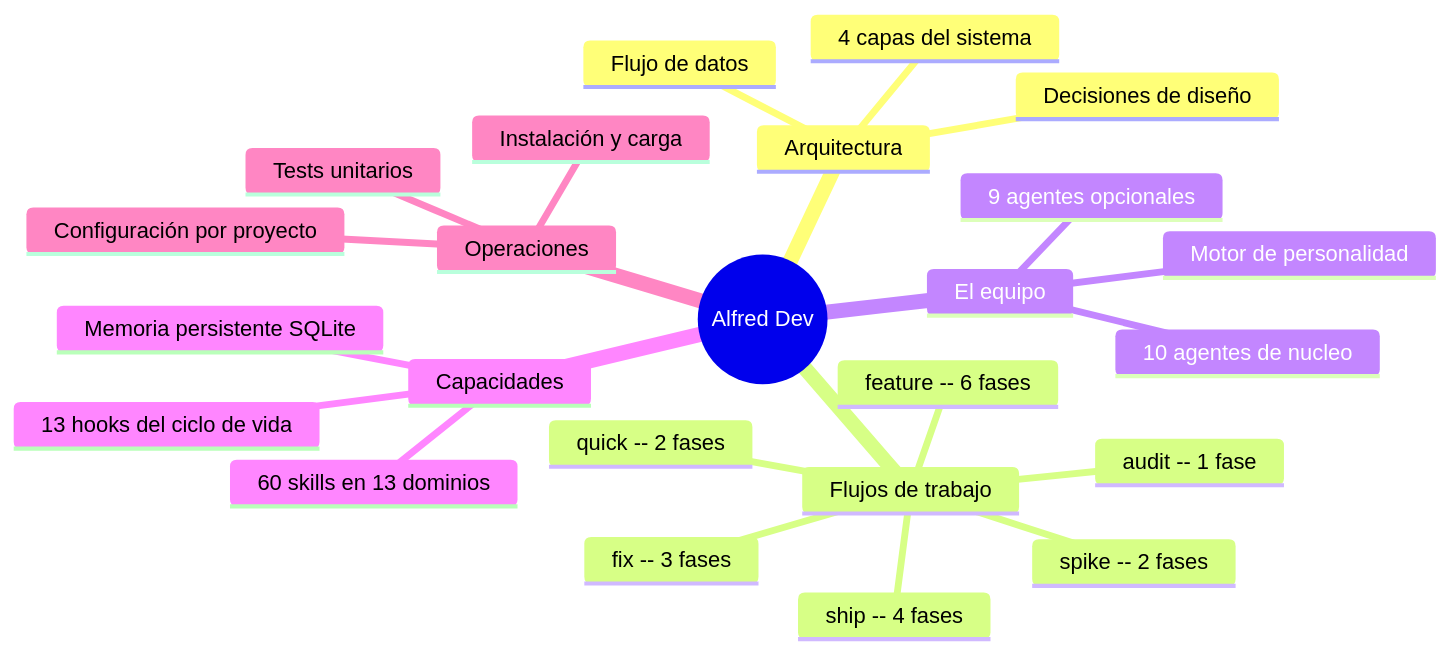
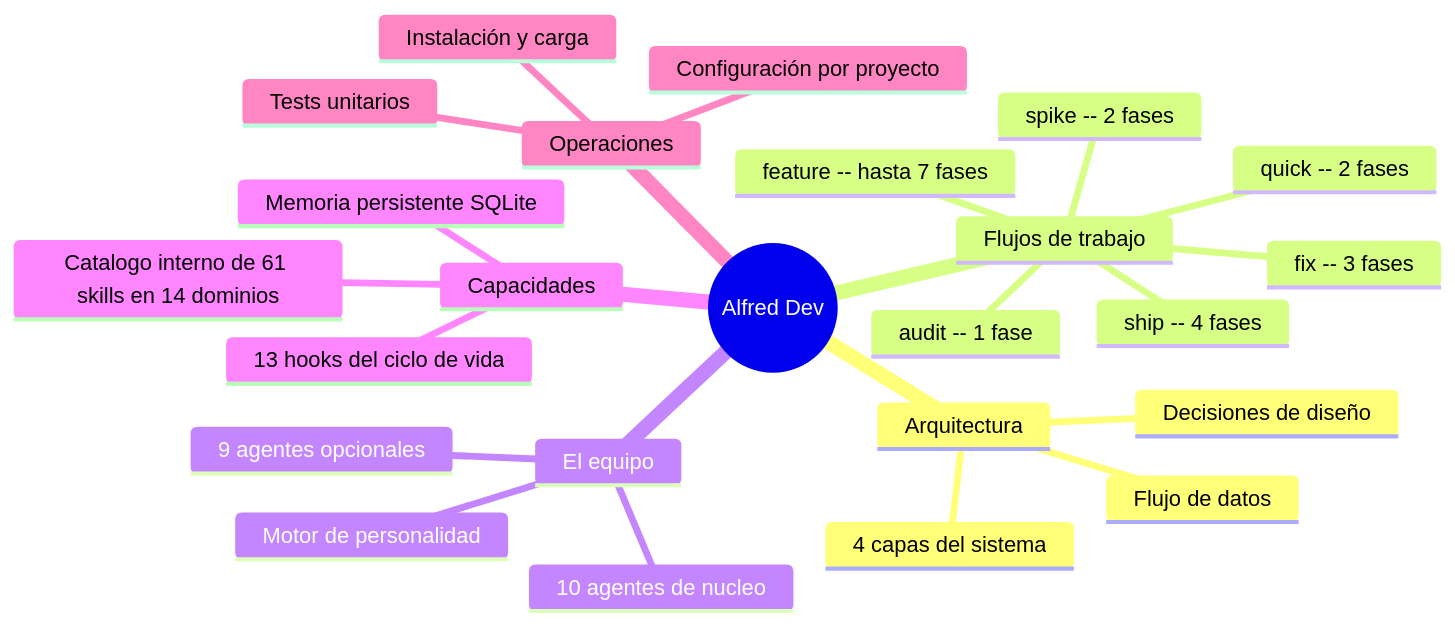
The diagram in docs/README.md (686f6c61/alfred-dev), drawn with Mermaid before and after one commit. The commit also changed other lines of this file and 165 other files, not shown here.

````diff
--- a/docs/README.md
+++ b/docs/README.md
@@ -13,27 +13,27 @@
 ```mermaid
 mindmap
   root((Alfred Dev))
     Arquitectura
       4 capas del sistema
       Decisiones de diseño
       Flujo de datos
     Flujos de trabajo
-      feature -- 6 fases
+      feature -- hasta 7 fases
       fix -- 3 fases
       spike -- 2 fases
       ship -- 4 fases
       audit -- 1 fase
       quick -- 2 fases
     El equipo
       10 agentes de nucleo
       9 agentes opcionales
       Motor de personalidad
     Capacidades
-      60 skills en 13 dominios
+      Catalogo interno de 61 skills en 14 dominios
       13 hooks del ciclo de vida
       Memoria persistente SQLite
     Operaciones
       Instalación y carga
       Configuración por proyecto
       Tests unitarios
 ```
````
